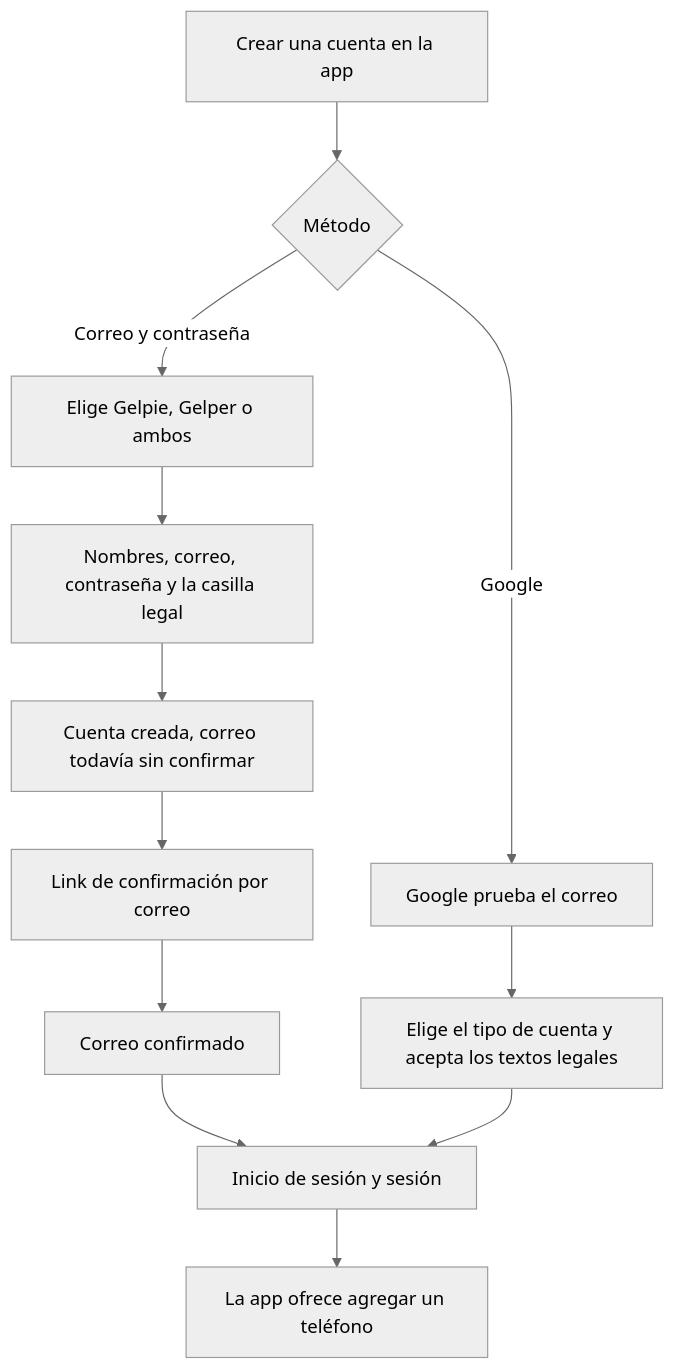
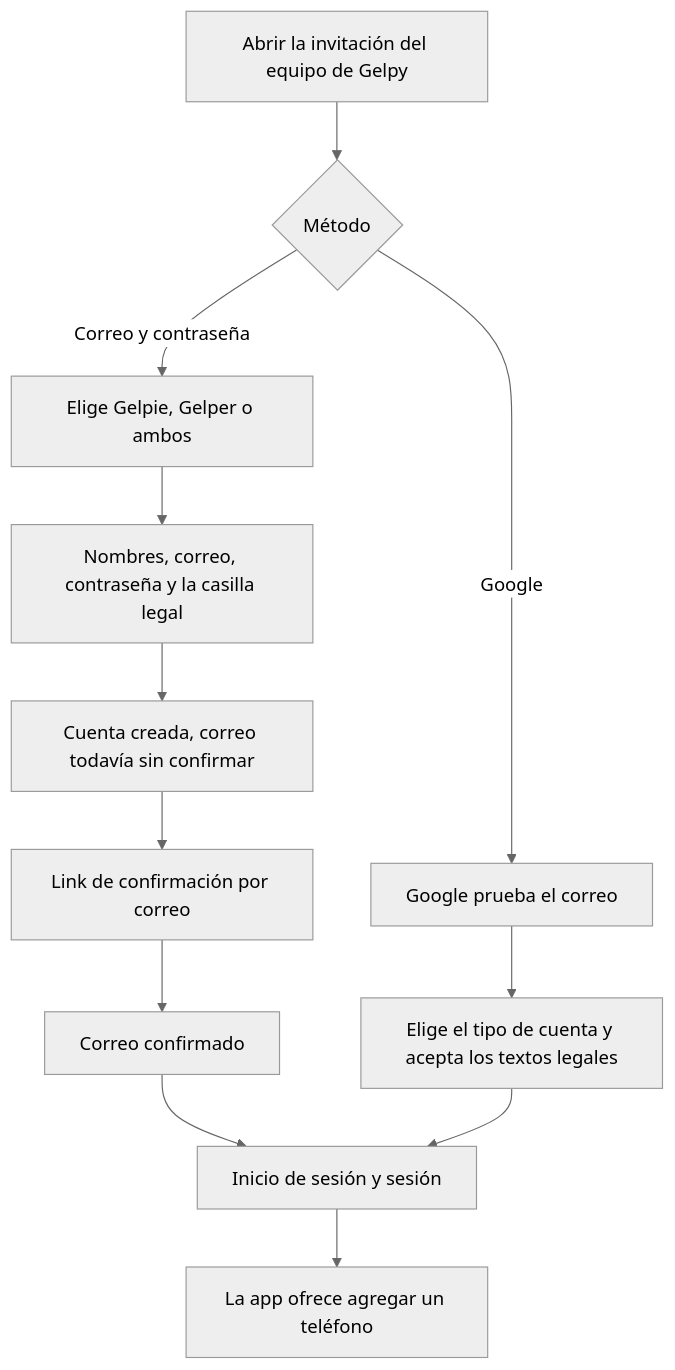
Before and after one commit to Gelpy/gelpy: the diagram in i18n/es/docusaurus-plugin-content-docs/current/product/accounts.md, drawn with Mermaid (neutral theme). The commit also changed other lines of this file and 14 other files, not shown here.

````diff
--- a/i18n/es/docusaurus-plugin-content-docs/current/product/accounts.md
+++ b/i18n/es/docusaurus-plugin-content-docs/current/product/accounts.md
@@ -30,14 +32,14 @@
 ```mermaid
 flowchart TD
-  A[Crear una cuenta en la app] --> B{Método}
+  A[Abrir la invitación del equipo de Gelpy] --> B{Método}
   B -- Correo y contraseña --> T[Elige Gelpie, Gelper o ambos]
   T --> E[Nombres, correo, contraseña y la casilla legal]
   E --> H[Cuenta creada, correo todavía sin confirmar]
   H --> I[Link de confirmación por correo]
   I --> J[Correo confirmado]
   B -- Google --> G[Google prueba el correo]
   G --> K[Elige el tipo de cuenta y acepta los textos legales]
   J --> L[Inicio de sesión y sesión]
   K --> L
   L --> M[La app ofrece agregar un teléfono]
 ```
````
